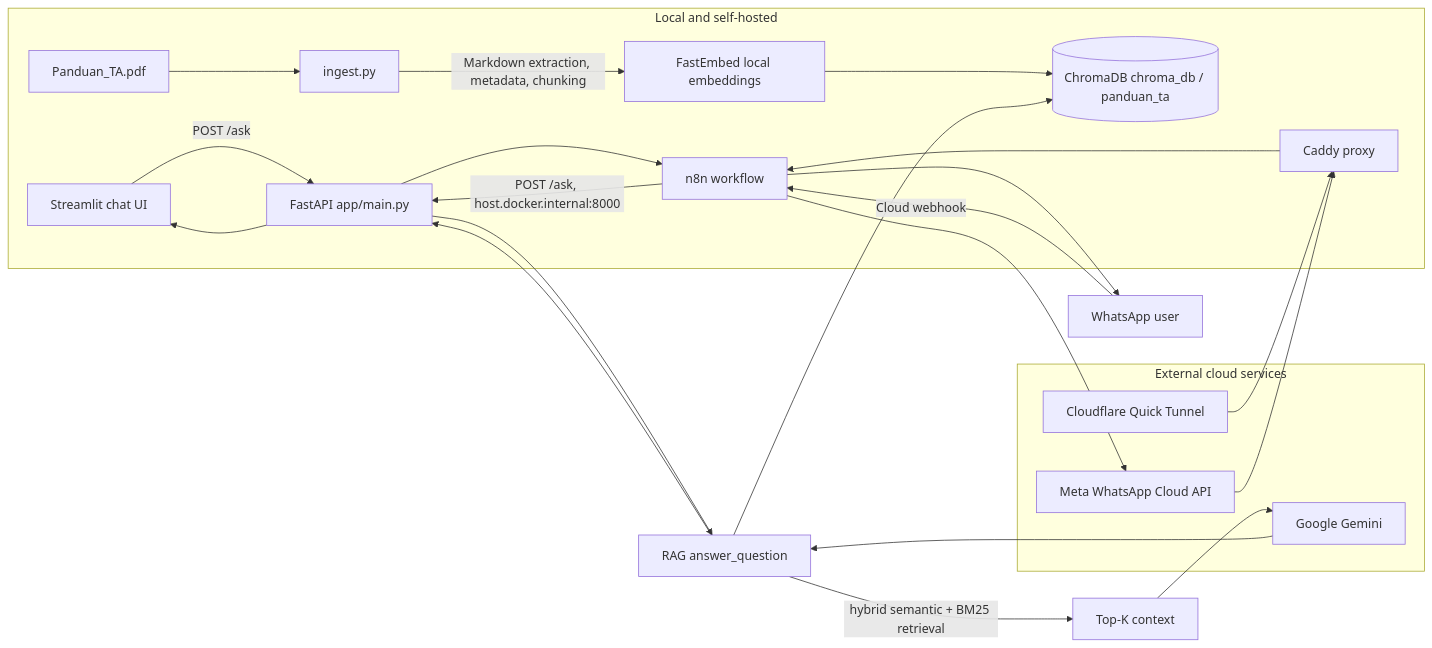
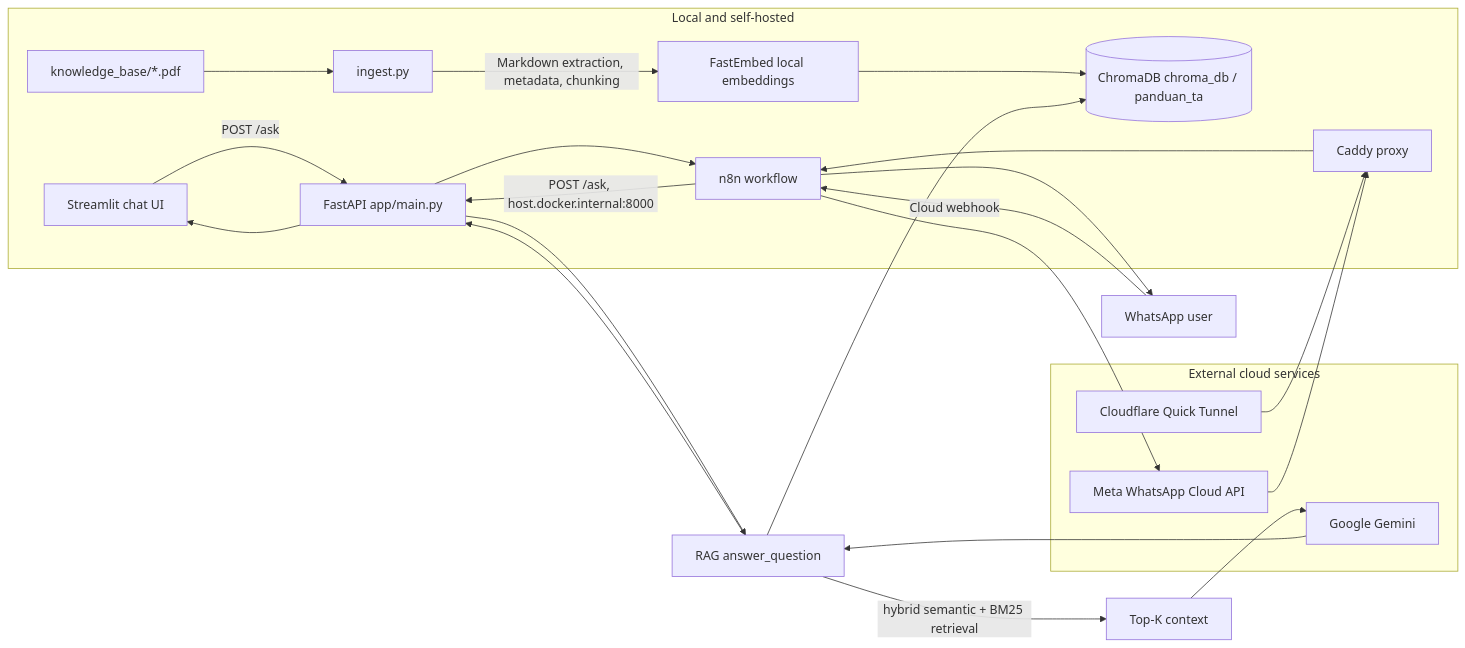
One commit to AutoReXz/TA-Guide-AI changed the first of 2 diagrams in PROJECT_CONTEXT.md. Above: the diagram before and after it, drawn with Mermaid. The commit also changed other lines of this file and 8 other files, not shown here.

````diff
--- a/PROJECT_CONTEXT.md
+++ b/PROJECT_CONTEXT.md
@@ -64,42 +64,42 @@
 ```mermaid
 flowchart LR
-    PDF[Panduan_TA.pdf] --> ING[ingest.py]
+    PDF[knowledge_base/*.pdf] --> ING[ingest.py]
     ING -->|Markdown extraction, metadata, chunking| EMB[FastEmbed local embeddings]
     EMB --> CHROMA[(ChromaDB chroma_db / panduan_ta)]
 
     UI[Streamlit chat UI] -->|POST /ask| API[FastAPI app/main.py]
     WA[WhatsApp user] -->|Cloud webhook| N8N[n8n workflow]
     N8N -->|POST /ask, host.docker.internal:8000| API
 
     API --> RAG[RAG answer_question]
     RAG --> CHROMA
     RAG -->|hybrid semantic + BM25 retrieval| CTX[Top-K context]
     CTX --> GEMINI[Google Gemini]
     GEMINI --> RAG
     RAG --> API
     API --> UI
     API --> N8N
     N8N --> WA
 
     subgraph Local [Local and self-hosted]
         PDF
         ING
         EMB
         CHROMA
         API
         UI
         N8N
         CADDY[Caddy proxy]
     end
 
     subgraph External [External cloud services]
         GEMINI
         META[Meta WhatsApp Cloud API]
         CF[Cloudflare Quick Tunnel]
     end
 
     CF --> CADDY
     CADDY --> N8N
     META --> CADDY
     N8N --> META
 ```
````
